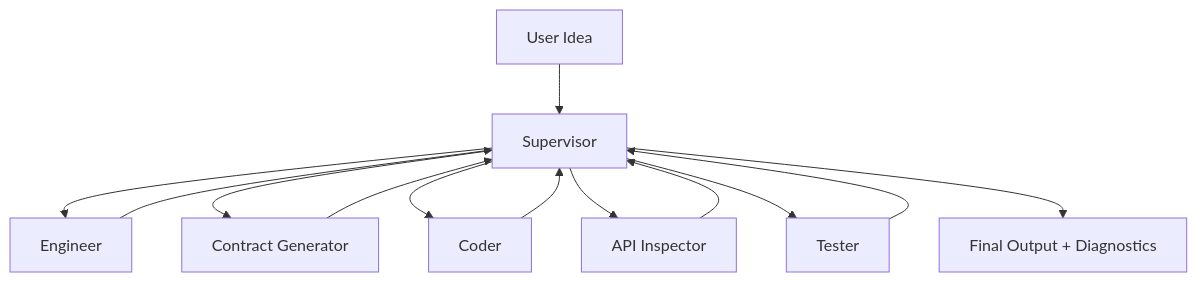
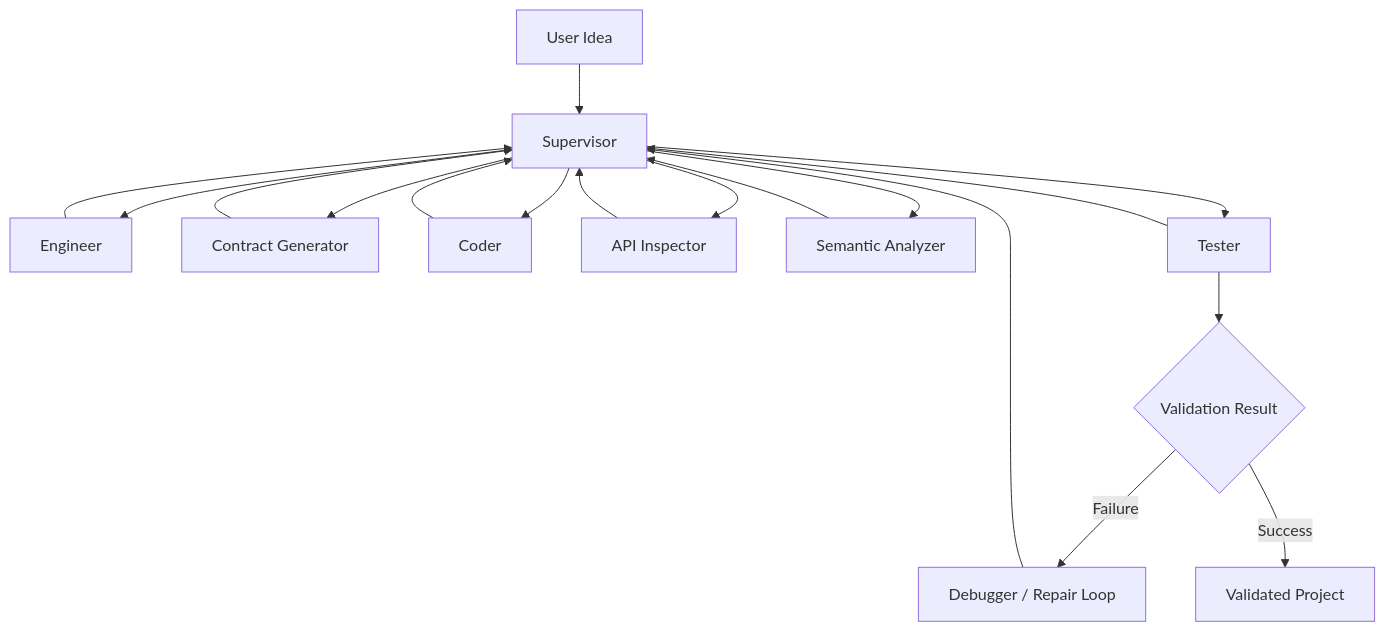
The diagram in README.md (PyAimind/MetaForge), drawn with Mermaid before and after one commit. The commit also changed other lines of this file, not shown here.

````diff
--- a/README.md
+++ b/README.md
@@ -17,15 +29,20 @@
 ```mermaid
 flowchart TD
     A[User Idea] --> B[Supervisor]
     B --> C[Engineer]
     C --> B
     B --> D[Contract Generator]
     D --> B
     B --> E[Coder]
     E --> B
     B --> F[API Inspector]
     F --> B
-    B --> G[Tester]
+    B --> G[Semantic Analyzer]
     G --> B
-    B --> H[Final Output + Diagnostics]
+    B --> H[Tester]
+    H --> B
+    H --> I{Validation Result}
+    I -->|Failure| J[Debugger / Repair Loop]
+    J --> B
+    I -->|Success| K[Validated Project]
 ```
````
